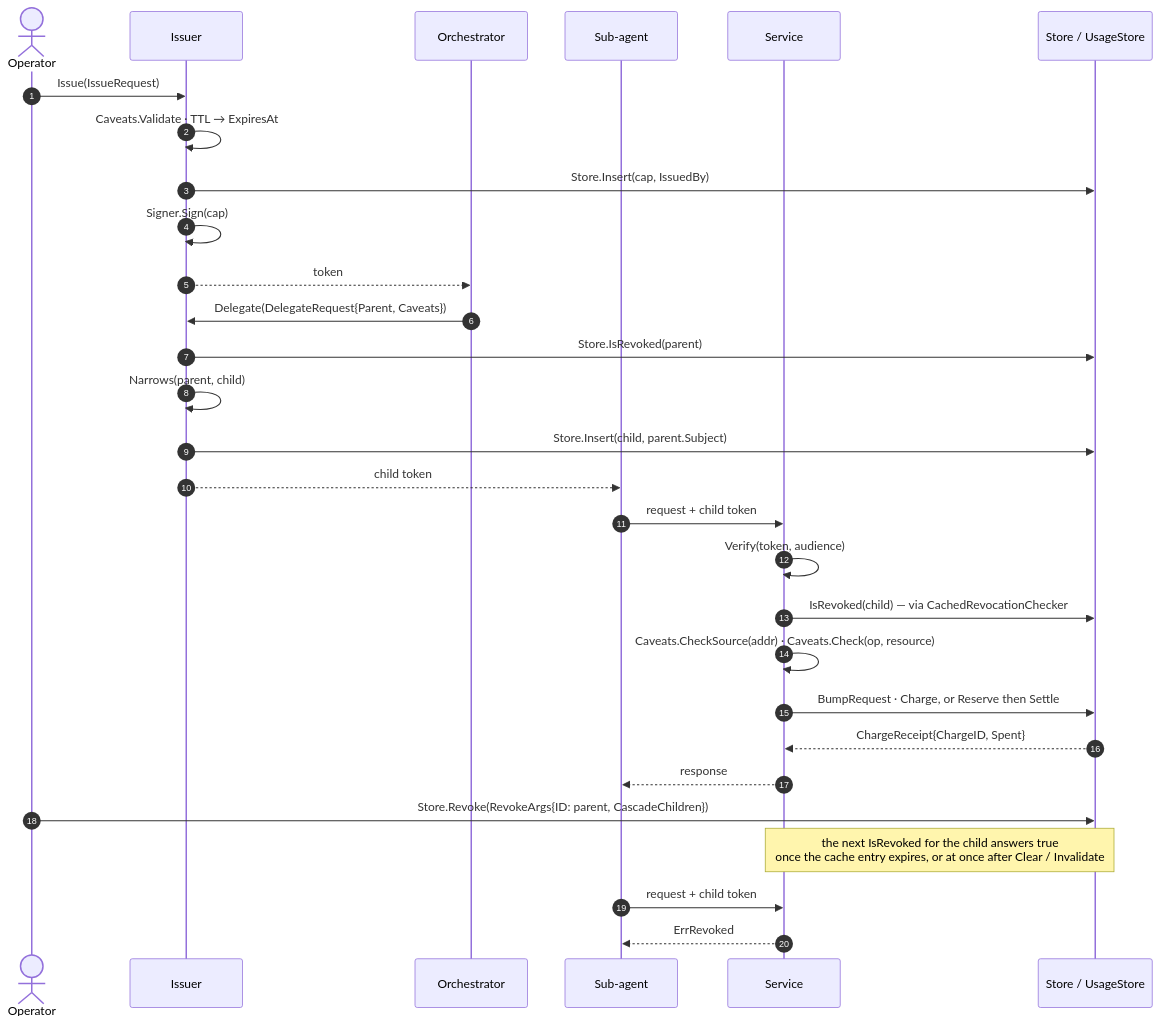
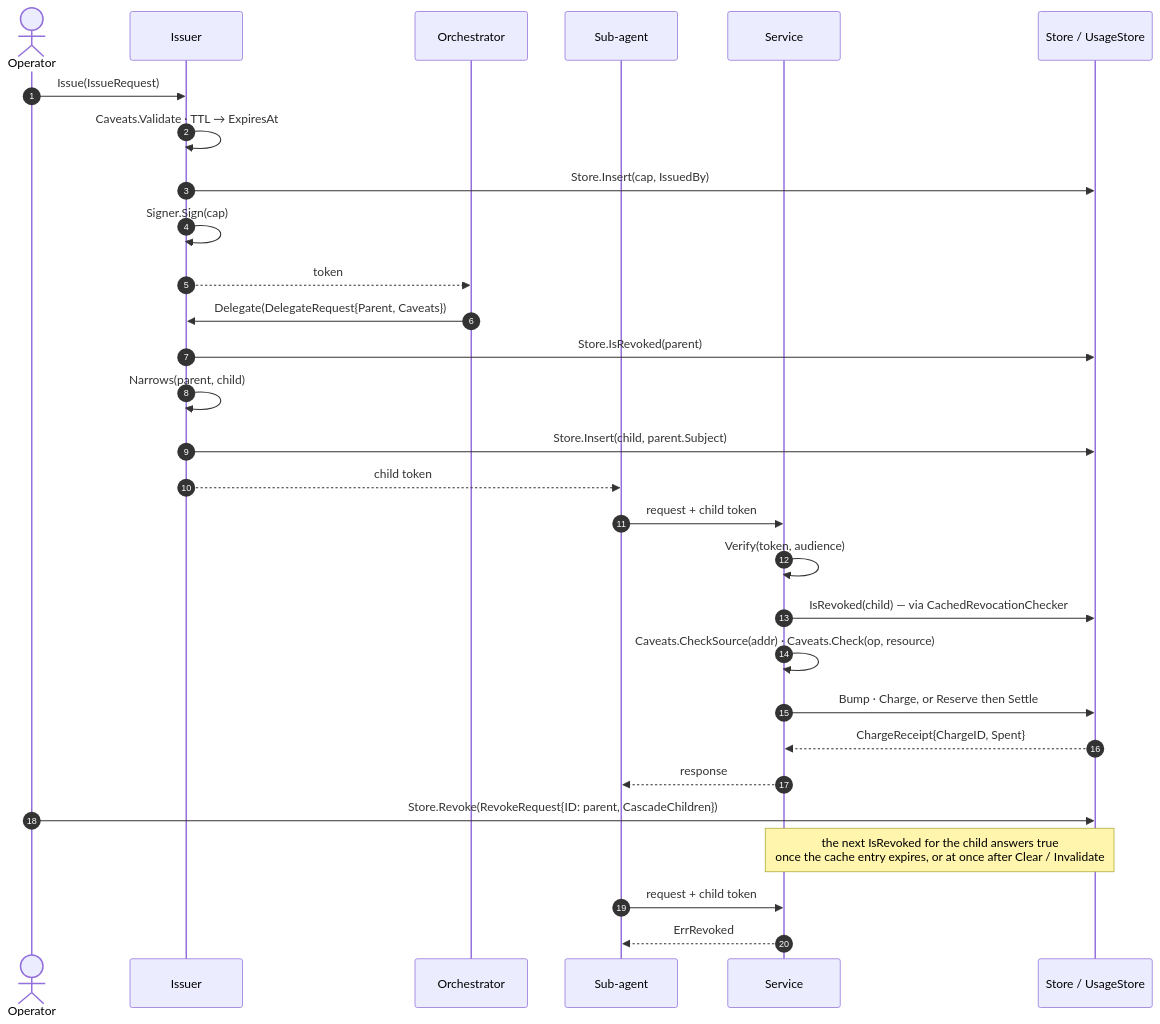
One commit to oleg-tkachuk/paladin changed the second of 10 diagrams in capability/docs/diagrams.md. Above: the diagram before and after it, drawn with Mermaid. The commit also changed other lines of this file and 52 other files, not shown here.

````diff
--- a/capability/docs/diagrams.md
+++ b/capability/docs/diagrams.md
@@ -96,35 +96,35 @@
 ```mermaid
 sequenceDiagram
     autonumber
     actor Op as Operator
     participant I as Issuer
     participant O as Orchestrator
     participant W as Sub-agent
     participant S as Service
     participant St as Store / UsageStore
 
     Op->>I: Issue(IssueRequest)
     I->>I: Caveats.Validate · TTL → ExpiresAt
     I->>St: Store.Insert(cap, IssuedBy)
     I->>I: Signer.Sign(cap)
     I-->>O: token
 
     O->>I: Delegate(DelegateRequest{Parent, Caveats})
     I->>St: Store.IsRevoked(parent)
     I->>I: Narrows(parent, child)
     I->>St: Store.Insert(child, parent.Subject)
     I-->>W: child token
 
     W->>S: request + child token
     S->>S: Verify(token, audience)
     S->>St: IsRevoked(child) — via CachedRevocationChecker
     S->>S: Caveats.CheckSource(addr) · Caveats.Check(op, resource)
-    S->>St: BumpRequest · Charge, or Reserve then Settle
+    S->>St: Bump · Charge, or Reserve then Settle
     St-->>S: ChargeReceipt{ChargeID, Spent}
     S-->>W: response
 
-    Op->>St: Store.Revoke(RevokeArgs{ID: parent, CascadeChildren})
+    Op->>St: Store.Revoke(RevokeRequest{ID: parent, CascadeChildren})
     Note over S,St: the next IsRevoked for the child answers true<br/>once the cache entry expires, or at once after Clear / Invalidate
     W->>S: request + child token
     S-->>W: ErrRevoked
 ```
````
